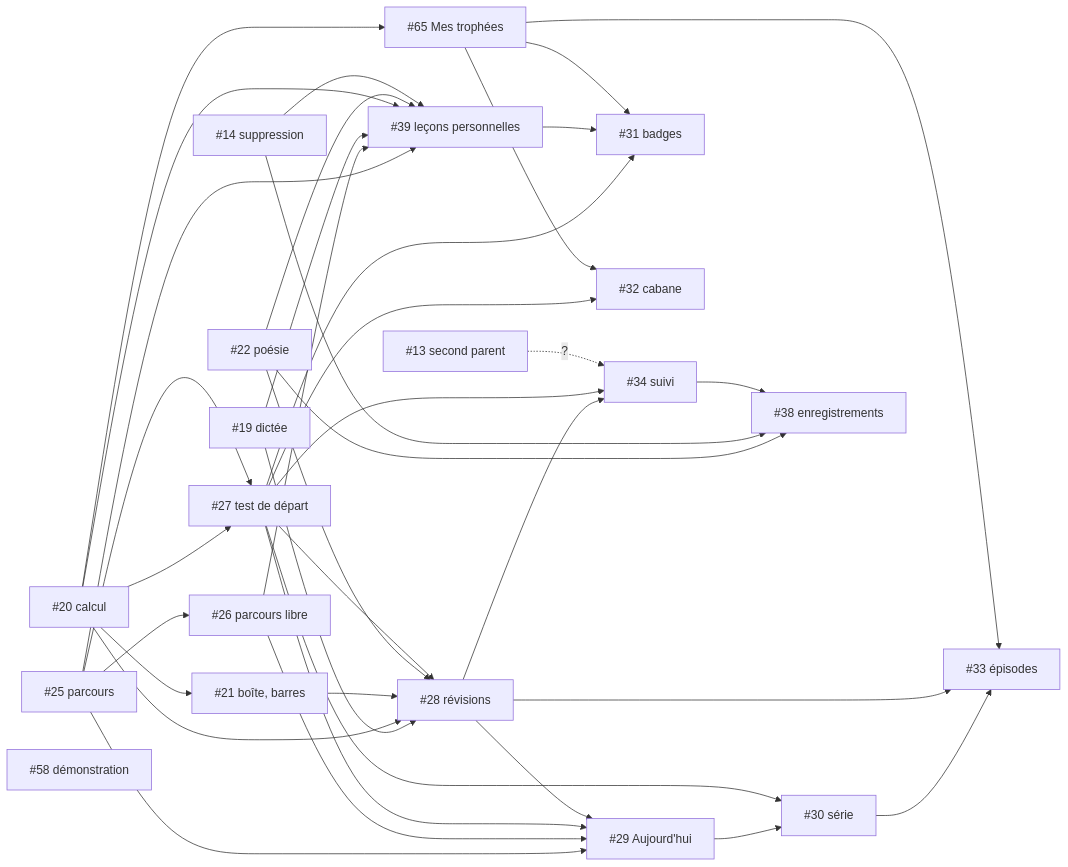
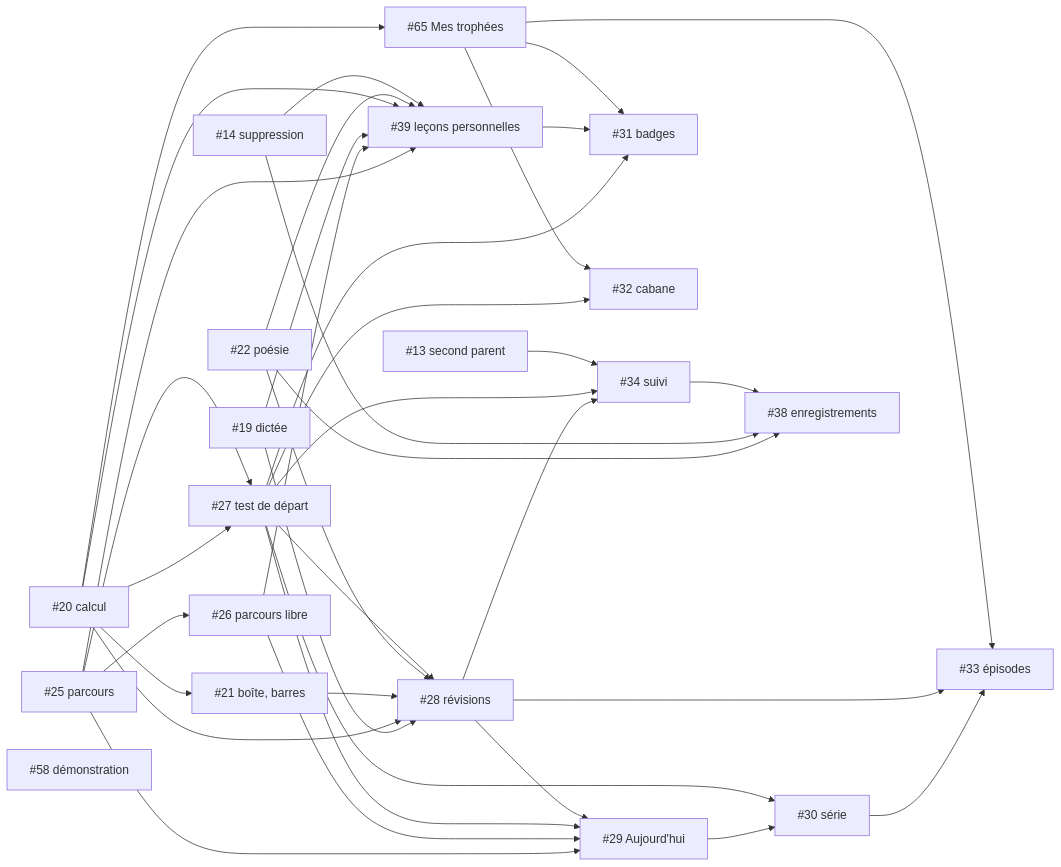
Before and after one commit to SBA-dev/github-move: the diagram in docs/graphe/stories.md, drawn with Mermaid. The commit also changed other lines of this file and 1 other file, not shown here.

````diff
--- a/docs/graphe/stories.md
+++ b/docs/graphe/stories.md
@@ -62,40 +62,40 @@
 ```mermaid
 graph LR
   20[#20 calcul] --> 21[#21 boîte, barres]
   20 --> 27[#27 test de départ]
   20 --> 65[#65 Mes trophées]
   25[#25 parcours] --> 26[#26 parcours libre]
   25 --> 27
   19[#19 dictée] --> 28[#28 révisions]
   20 --> 28
   21 --> 28
   22[#22 poésie] --> 28
   27 --> 28
   25 --> 39[#39 leçons personnelles]
   26 --> 39
   19 --> 39
   20 --> 39
   22 --> 39
   14[#14 suppression] --> 39
   27 --> 32[#32 cabane]
   65 --> 32
   27 --> 31[#31 badges]
   39 --> 31
   65 --> 31
   25 --> 29[#29 Aujourd'hui]
   26 --> 29
   27 --> 29
   28 --> 29
   28 --> 34[#34 suivi]
   27 --> 34
-  13[#13 second parent] -.?.-> 34
+  13[#13 second parent] --> 34
   22 --> 38[#38 enregistrements]
   14 --> 38
   34 --> 38
   29 --> 30[#30 série]
   27 --> 30
   30 --> 33[#33 épisodes]
   28 --> 33
   65 --> 33
   58[#58 démonstration]
 ```
````
